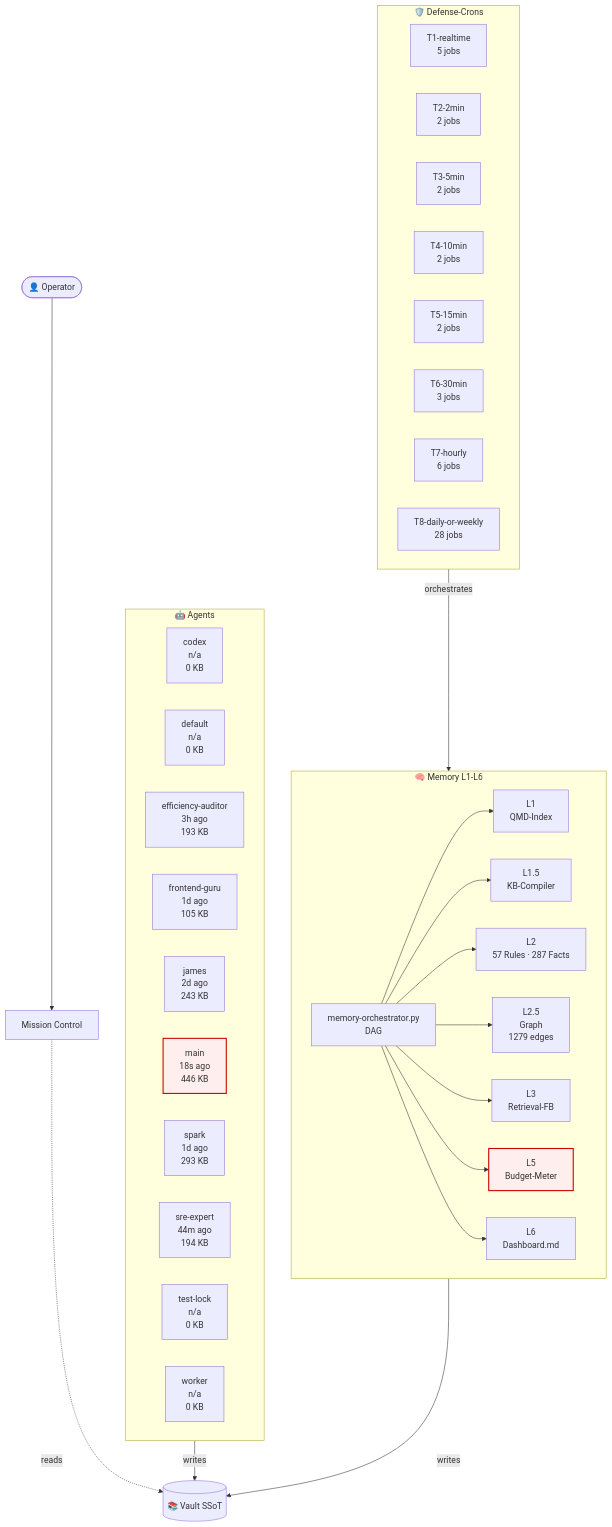
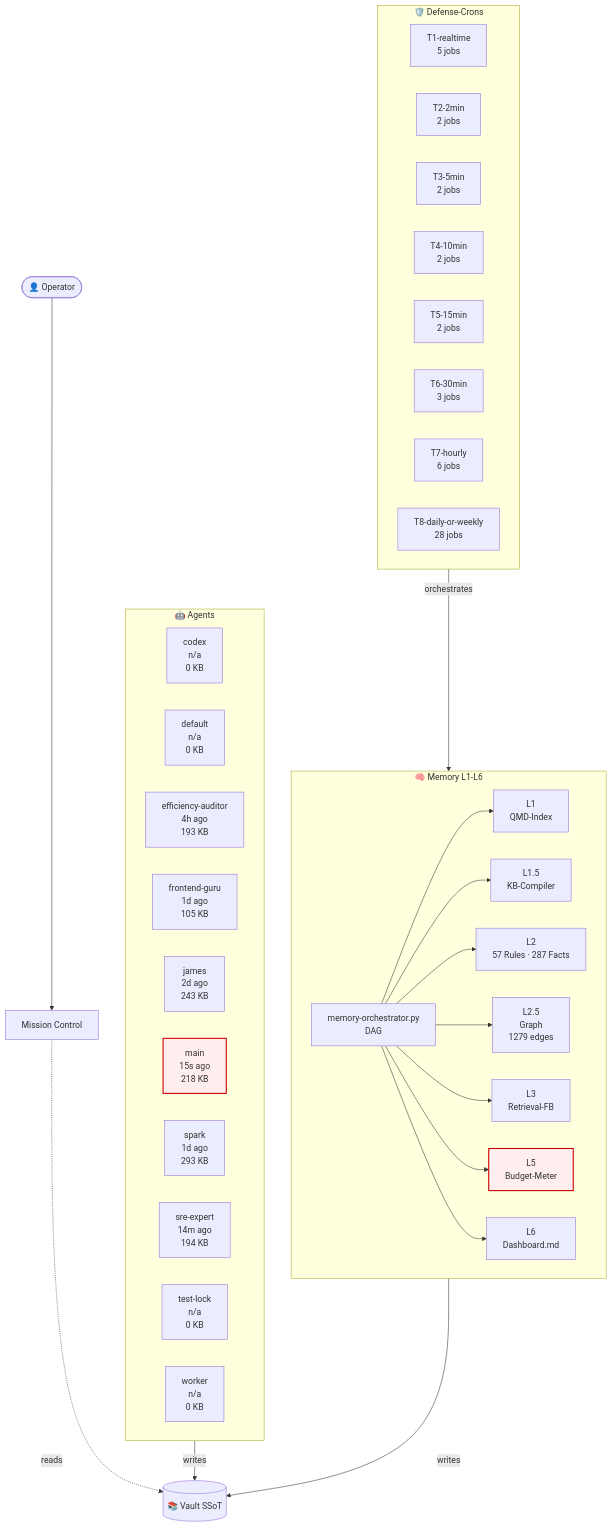
One commit to lenardhuebner88-rgb/openclaw-memory changed the diagram in 03-Agents/architecture-live.md. Above: the diagram before and after it, drawn with Mermaid. The commit also changed other lines of this file and 15 other files, not shown here.

````diff
--- a/03-Agents/architecture-live.md
+++ b/03-Agents/architecture-live.md
@@ -18,53 +18,53 @@
 ```mermaid
 flowchart TB
     classDef critical fill:#fee,stroke:#c00,stroke-width:2px;
     subgraph AGT["🤖 Agents"]
         agent_codex["codex<br/>n/a<br/>0 KB"]
         agent_default["default<br/>n/a<br/>0 KB"]
-        agent_efficiency_auditor["efficiency-auditor<br/>3h ago<br/>193 KB"]
+        agent_efficiency_auditor["efficiency-auditor<br/>4h ago<br/>193 KB"]
         agent_frontend_guru["frontend-guru<br/>1d ago<br/>105 KB"]
         agent_james["james<br/>2d ago<br/>243 KB"]
-        agent_main["main<br/>18s ago<br/>446 KB"]
+        agent_main["main<br/>15s ago<br/>218 KB"]
         agent_spark["spark<br/>1d ago<br/>293 KB"]
-        agent_sre_expert["sre-expert<br/>44m ago<br/>194 KB"]
+        agent_sre_expert["sre-expert<br/>14m ago<br/>194 KB"]
         agent_test_lock["test-lock<br/>n/a<br/>0 KB"]
         agent_worker["worker<br/>n/a<br/>0 KB"]
     end
     subgraph MEM["🧠 Memory L1-L6"]
         L1["L1<br/>QMD-Index"]
         L15["L1.5<br/>KB-Compiler"]
         L2["L2<br/>57 Rules · 287 Facts"]
         L25["L2.5<br/>Graph<br/>1279 edges"]
         L3["L3<br/>Retrieval-FB"]
         L5["L5<br/>Budget-Meter"]
         L6["L6<br/>Dashboard.md"]
         ORCH["memory-orchestrator.py<br/>DAG"]
     end
     subgraph CRN["🛡️ Defense-Crons"]
         tier_T1_realtime["T1-realtime<br/>5 jobs"]
         tier_T2_2min["T2-2min<br/>2 jobs"]
         tier_T3_5min["T3-5min<br/>2 jobs"]
         tier_T4_10min["T4-10min<br/>2 jobs"]
         tier_T5_15min["T5-15min<br/>2 jobs"]
         tier_T6_30min["T6-30min<br/>3 jobs"]
         tier_T7_hourly["T7-hourly<br/>6 jobs"]
         tier_T8_daily_or_weekly["T8-daily-or-weekly<br/>28 jobs"]
     end
     VAULT[("📚 Vault SSoT")]
     OP([👤 Operator])
     MC["Mission Control"]
     OP --> MC
     MC -.reads.-> VAULT
     AGT -->|writes| VAULT
     MEM -->|writes| VAULT
     ORCH --> L1
     ORCH --> L15
     ORCH --> L2
     ORCH --> L25
     ORCH --> L3
     ORCH --> L5
     ORCH --> L6
     CRN -->|orchestrates| MEM
     class L5 critical
     class agent_main critical
 ```
````
